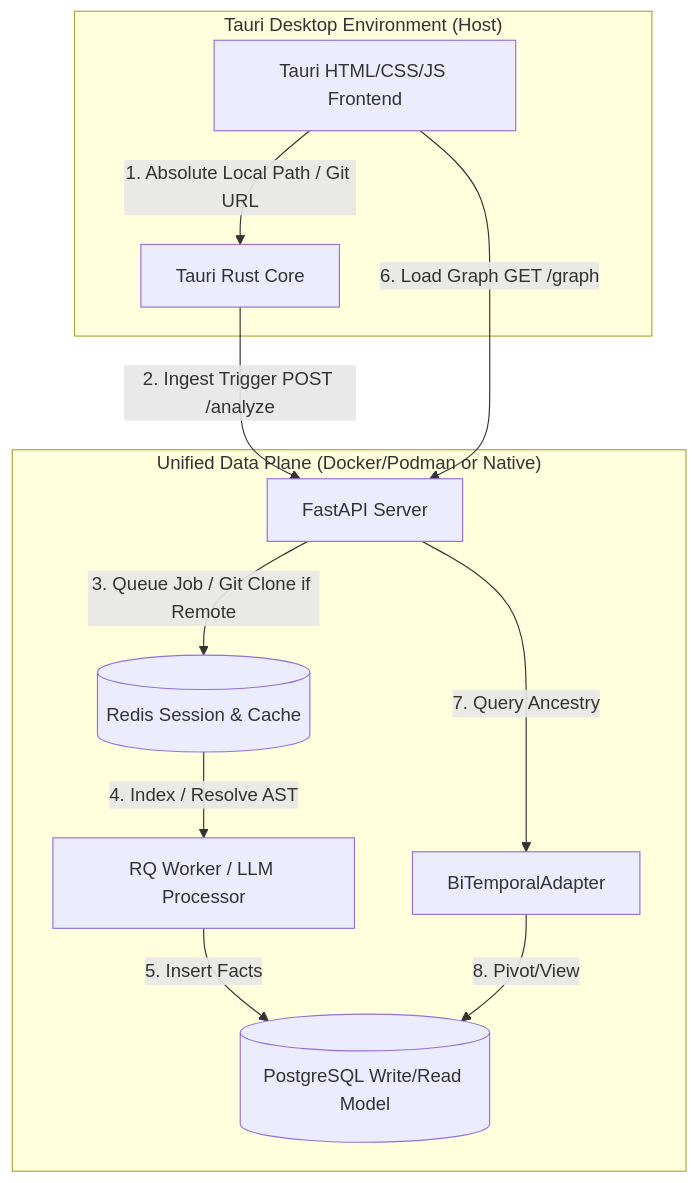
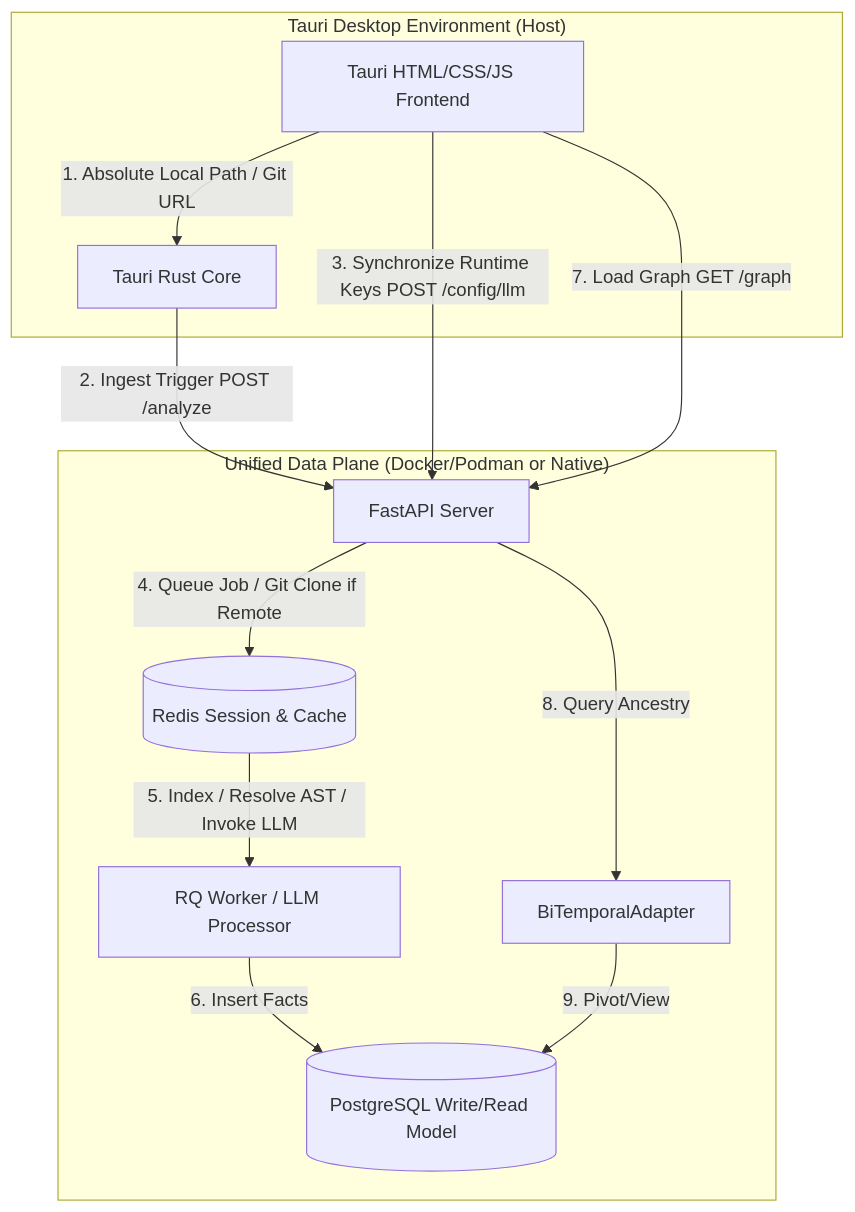
One commit to bmrtech-oss/code-intel-desktop changed the first of 2 diagrams in docs/adr-desktop-backend-integration.md. Above: the diagram before and after it, drawn with Mermaid. The commit also changed other lines of this file and 2 other files, not shown here.

Commit message:
docs: add dynamic LLM configuration settings handshake spec and prompts

````diff
--- a/docs/adr-desktop-backend-integration.md
+++ b/docs/adr-desktop-backend-integration.md
@@ -19,24 +20,25 @@
 ```mermaid
 flowchart TB
     subgraph "Tauri Desktop Environment (Host)"
         UI[Tauri HTML/CSS/JS Frontend]
         Rust[Tauri Rust Core]
     end
 
     subgraph "Unified Data Plane (Docker/Podman or Native)"
         API[FastAPI Server]
         Adapter[BiTemporalAdapter]
         Store[(PostgreSQL Write/Read Model)]
         Redis[(Redis Session & Cache)]
         RQ[RQ Worker / LLM Processor]
     end
 
     UI -->|1. Absolute Local Path / Git URL| Rust
     Rust -->|2. Ingest Trigger POST /analyze| API
-    API -->|3. Queue Job / Git Clone if Remote| Redis
-    Redis -->|4. Index / Resolve AST| RQ
-    RQ -->|5. Insert Facts| Store
-    UI -->|6. Load Graph GET /graph| API
-    API -->|7. Query Ancestry| Adapter
-    Adapter -->|8. Pivot/View| Store
+    UI -->|3. Synchronize Runtime Keys POST /config/llm| API
+    API -->|4. Queue Job / Git Clone if Remote| Redis
+    Redis -->|5. Index / Resolve AST / Invoke LLM| RQ
+    RQ -->|6. Insert Facts| Store
+    UI -->|7. Load Graph GET /graph| API
+    API -->|8. Query Ancestry| Adapter
+    Adapter -->|9. Pivot/View| Store
 ```
````
